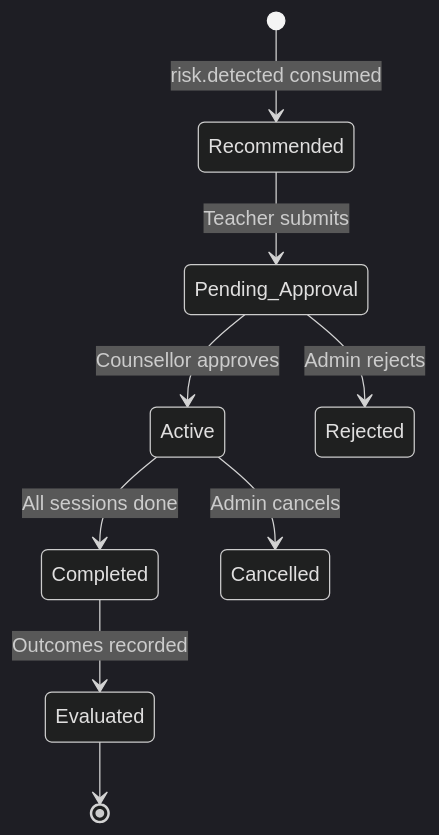
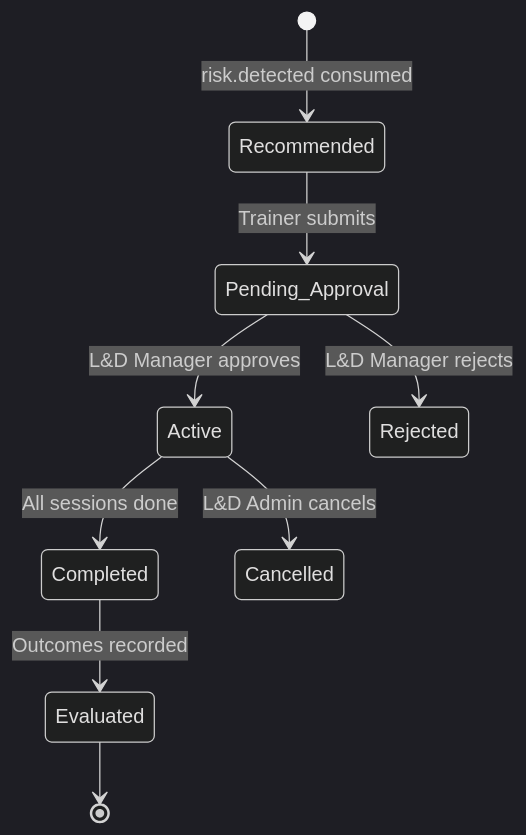
Before and after one commit to taarak18/propeller: the third of 4 diagrams in L-D/.sasva/overview/01-architecture.md, drawn with Mermaid (dark theme). The commit also changed other lines of this file and 6 other files, not shown here.

````diff
--- a/L-D/.sasva/overview/01-architecture.md
+++ b/L-D/.sasva/overview/01-architecture.md
@@ -241,11 +224,11 @@
 ```mermaid
 stateDiagram-v2
     [*] --> Recommended : risk.detected consumed
-    Recommended --> Pending_Approval : Teacher submits
-    Pending_Approval --> Active : Counsellor approves
-    Pending_Approval --> Rejected : Admin rejects
+    Recommended --> Pending_Approval : Trainer submits
+    Pending_Approval --> Active : L&D Manager approves
+    Pending_Approval --> Rejected : L&D Manager rejects
     Active --> Completed : All sessions done
-    Active --> Cancelled : Admin cancels
+    Active --> Cancelled : L&D Admin cancels
     Completed --> Evaluated : Outcomes recorded
     Evaluated --> [*]
 ```
````
